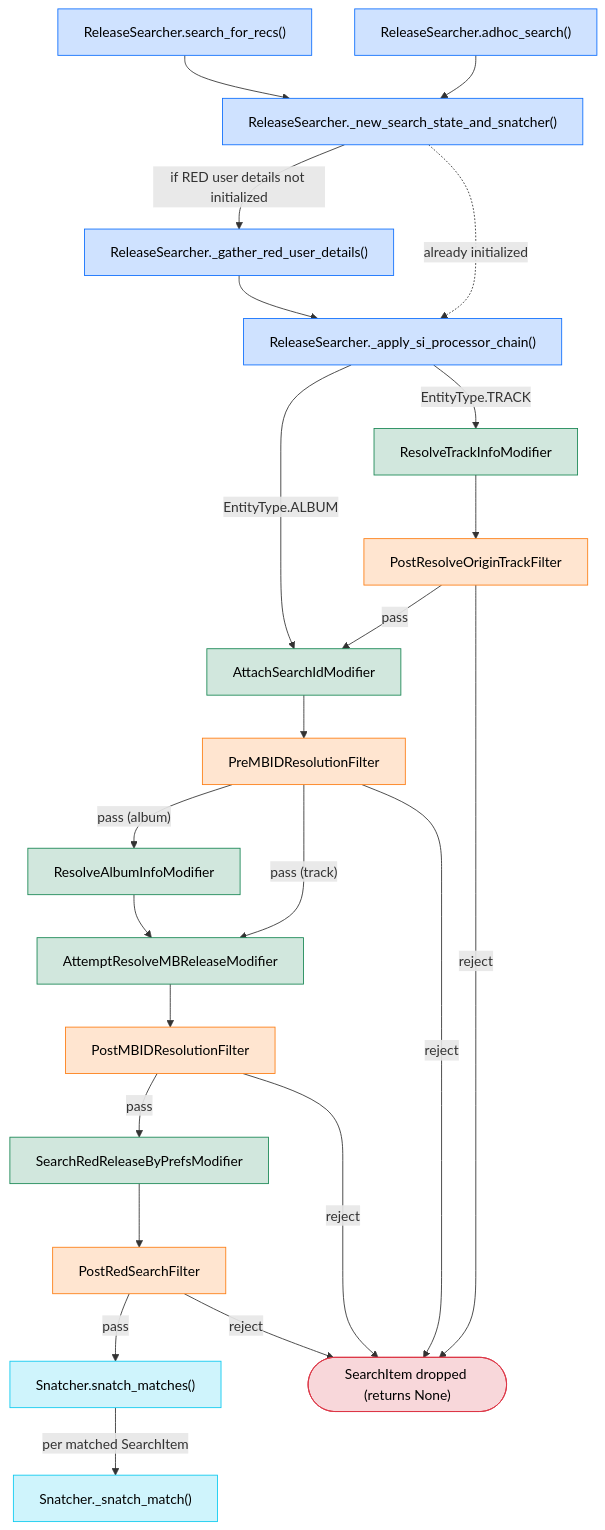
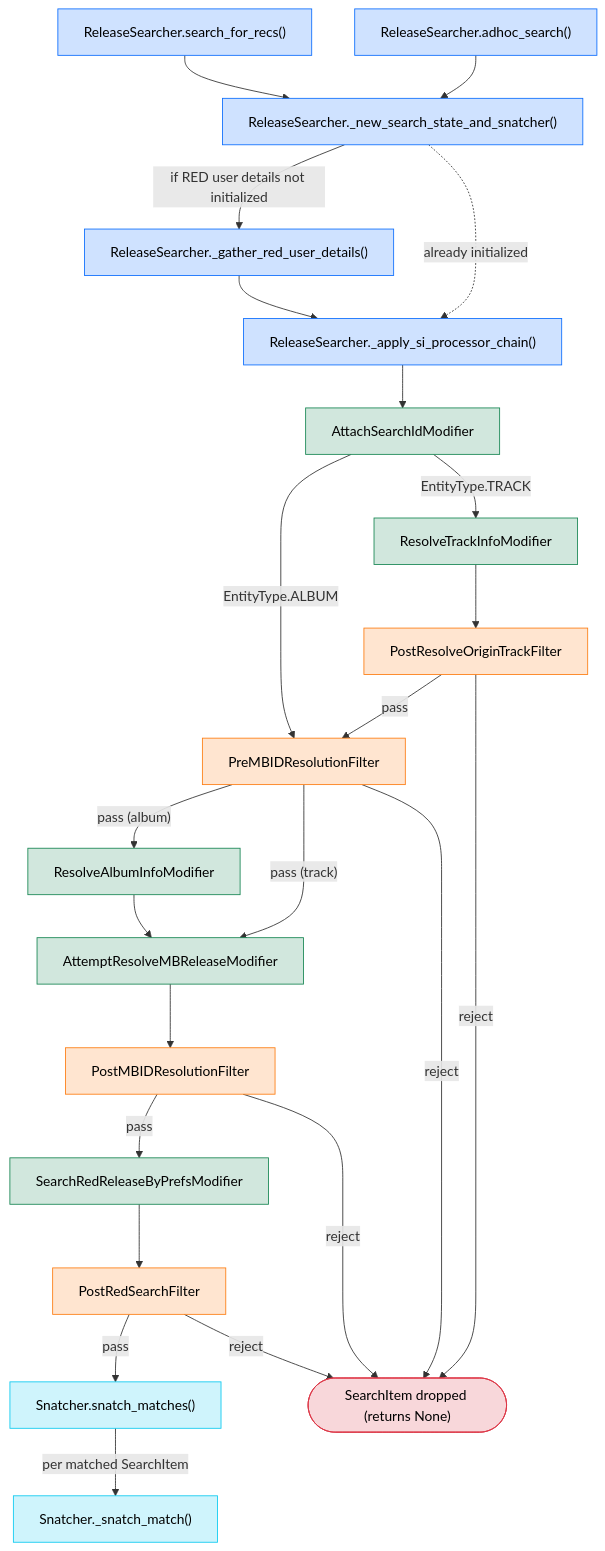
One commit to windexvalence/plastered changed the first of 2 diagrams in plastered/release_search/search_process_overview.md. Above: the diagram before and after it, drawn with Mermaid. The commit also changed other lines of this file, not shown here.

First line of the commit message:
Fix search-process diagrams: AttachSearchIdModifier runs first in track chain

````diff
--- a/plastered/release_search/search_process_overview.md
+++ b/plastered/release_search/search_process_overview.md
@@ -24,65 +24,65 @@
 ```mermaid
 flowchart TD
     %% ── ReleaseSearcher entrypoints & orchestration ──
     SFR["ReleaseSearcher.search_for_recs()"]
     MS["ReleaseSearcher.adhoc_search()"]
     NEW_STATE["ReleaseSearcher._new_search_state_and_snatcher()"]
     GRUD["ReleaseSearcher._gather_red_user_details()"]
     APPLY["ReleaseSearcher._apply_si_processor_chain()"]
     SNATCHES["Snatcher.snatch_matches()"]
     SNATCH["Snatcher._snatch_match()"]
     DROP(["SearchItem dropped (returns None)"])
 
     %% ── Processors ──
     RESOLVE_TRACK["ResolveTrackInfoModifier"]
     POST_TRACK["PostResolveOriginTrackFilter"]
     ATTACH["AttachSearchIdModifier"]
     PREMBID["PreMBIDResolutionFilter"]
     RESOLVE_ALBUM["ResolveAlbumInfoModifier"]
     ATTEMPT_MB["AttemptResolveMBReleaseModifier"]
     POSTMBID["PostMBIDResolutionFilter"]
     SEARCH_RED["SearchRedReleaseByPrefsModifier"]
     POST_RED["PostRedSearchFilter"]
 
     SFR --> NEW_STATE
     MS --> NEW_STATE
     NEW_STATE -->|"if RED user details not initialized"| GRUD
     NEW_STATE -.->|"already initialized"| APPLY
     GRUD --> APPLY
 
-    APPLY -->|"EntityType.ALBUM"| ATTACH
-    APPLY -->|"EntityType.TRACK"| RESOLVE_TRACK
+    APPLY --> ATTACH
+    ATTACH -->|"EntityType.ALBUM"| PREMBID
+    ATTACH -->|"EntityType.TRACK"| RESOLVE_TRACK
 
     RESOLVE_TRACK --> POST_TRACK
-    POST_TRACK -->|pass| ATTACH
+    POST_TRACK -->|pass| PREMBID
     POST_TRACK -->|reject| DROP
 
-    ATTACH --> PREMBID
     PREMBID -->|"pass (album)"| RESOLVE_ALBUM
     PREMBID -->|"pass (track)"| ATTEMPT_MB
     PREMBID -->|reject| DROP
     RESOLVE_ALBUM --> ATTEMPT_MB
 
     ATTEMPT_MB --> POSTMBID
     POSTMBID -->|pass| SEARCH_RED
     POSTMBID -->|reject| DROP
 
     SEARCH_RED --> POST_RED
     POST_RED -->|pass| SNATCHES
     POST_RED -->|reject| DROP
 
     SNATCHES -->|"per matched SearchItem"| SNATCH
 
     %% ── Styling ──
     classDef rsMethod fill:#cfe2ff,stroke:#0d6efd,color:#000;
     classDef snatcher fill:#cff4fc,stroke:#0dcaf0,color:#000;
     classDef modifier fill:#d1e7dd,stroke:#198754,color:#000;
     classDef filter fill:#ffe5d0,stroke:#fd7e14,color:#000;
     classDef terminal fill:#f8d7da,stroke:#dc3545,color:#000;
 
     class SFR,MS,NEW_STATE,GRUD,APPLY rsMethod;
     class SNATCHES,SNATCH snatcher;
     class RESOLVE_TRACK,ATTACH,RESOLVE_ALBUM,ATTEMPT_MB,SEARCH_RED modifier;
     class POST_TRACK,PREMBID,POSTMBID,POST_RED filter;
     class DROP terminal;
 ```
````
